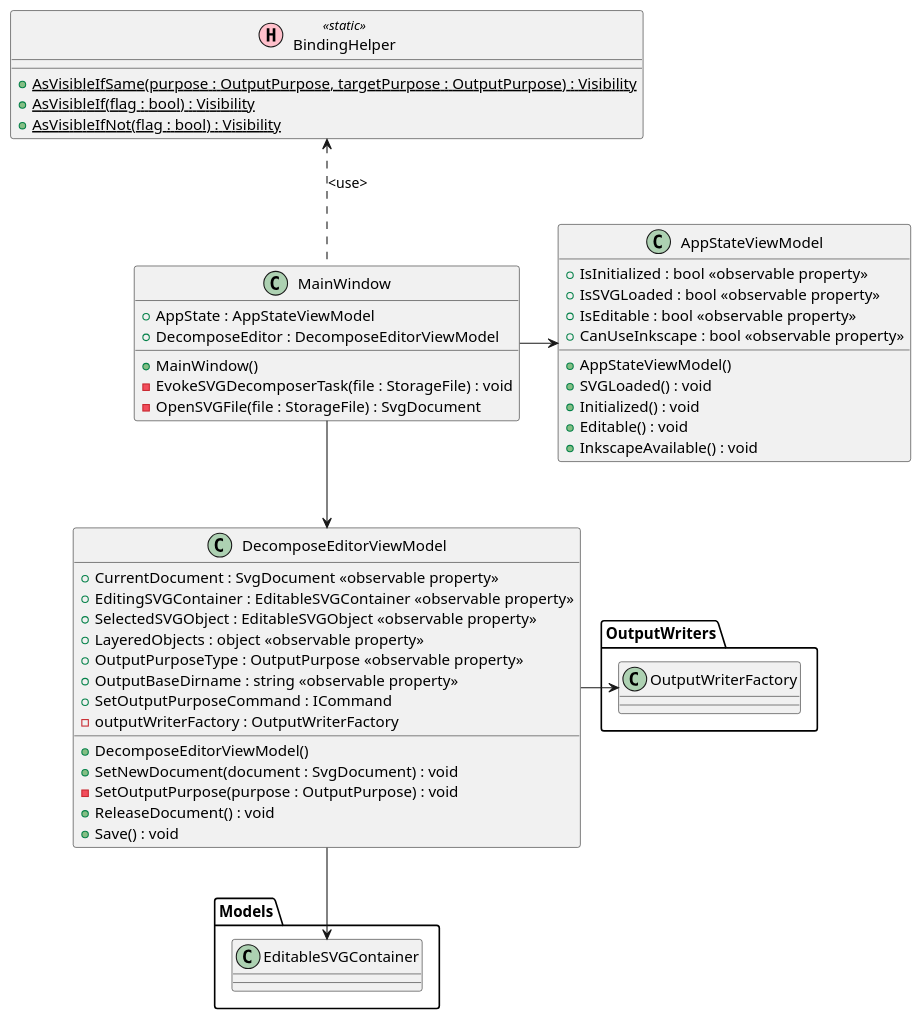
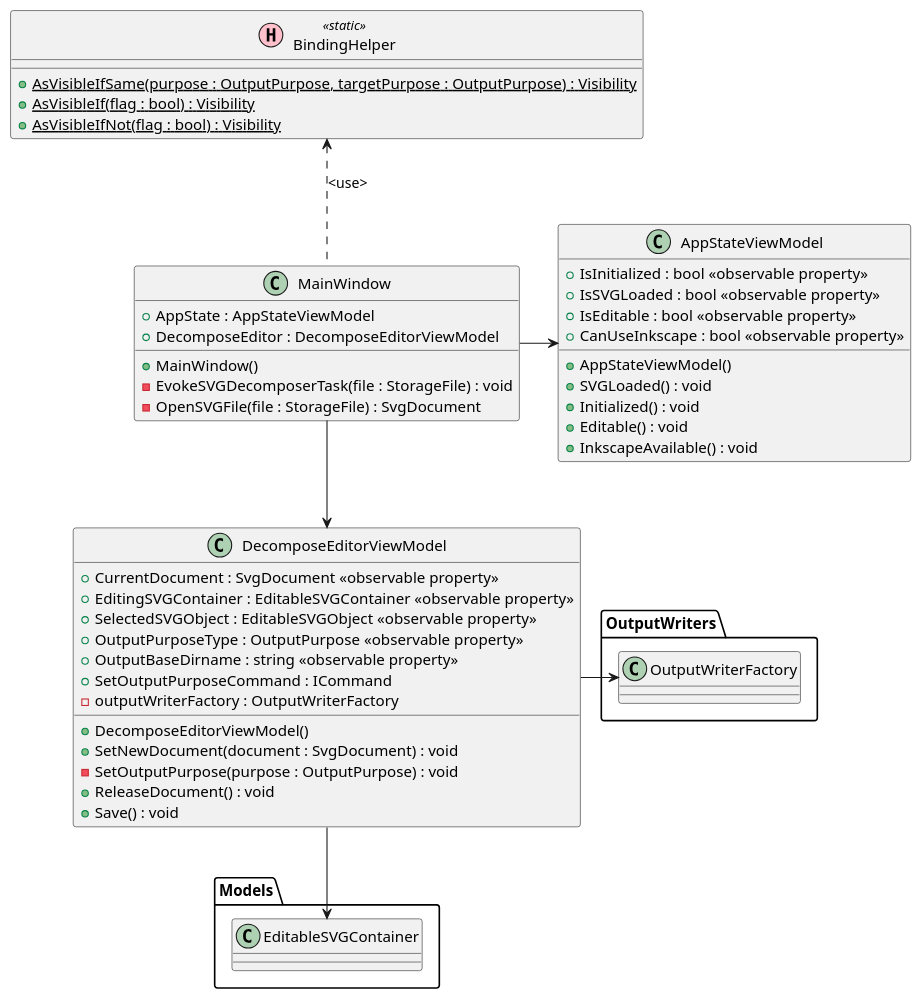
The first of 4 diagrams in uml/SVGObjectsDecomposer.puml (tatsuya19871219/SVGObjectsDecomposer), drawn with PlantUML before and after one commit. The commit also changed other lines of this file and 2 other files, not shown here.

```diff
--- a/uml/SVGObjectsDecomposer.puml
+++ b/uml/SVGObjectsDecomposer.puml
@@ -1,73 +1,72 @@
 @startuml SVGObjectsDecomposer
 
 class MainWindow
 {
     + AppState : AppStateViewModel
     + DecomposeEditor : DecomposeEditorViewModel
     + MainWindow()
     - EvokeSVGDecomposerTask(file : StorageFile) : void
     - OpenSVGFile(file : StorageFile) : SvgDocument
 }
 
 
 class AppStateViewModel
 {
     + IsInitialized : bool <<observable property>>
     + IsSVGLoaded : bool <<observable property>>
     + IsEditable : bool <<observable property>>
     + CanUseInkscape : bool <<observable property>>
     + AppStateViewModel()
     + SVGLoaded() : void
     + Initialized() : void
     + Editable() : void
     + InkscapeAvailable() : void
 }
 
 class DecomposeEditorViewModel
 {
     + CurrentDocument : SvgDocument <<observable property>>
     + EditingSVGContainer : EditableSVGContainer <<observable property>>
     + SelectedSVGObject : EditableSVGObject <<observable property>>
-    + LayeredObjects : object <<observable property>>
     + OutputPurposeType : OutputPurpose <<observable property>>
     + OutputBaseDirname : string <<observable property>>
     + SetOutputPurposeCommand : ICommand
     - outputWriterFactory : OutputWriterFactory
     + DecomposeEditorViewModel()
     + SetNewDocument(document : SvgDocument) : void
     - SetOutputPurpose(purpose : OutputPurpose) : void
     + ReleaseDocument() : void
     + Save() : void
 }
 
 
 
 '  Helper class
 class BindingHelper << (H, pink) static >>
 {
     {static} + AsVisibleIfSame(purpose : OutputPurpose, targetPurpose : OutputPurpose) : Visibility
     {static} + AsVisibleIf(flag : bool) : Visibility
     {static} + AsVisibleIfNot(flag : bool) : Visibility
 }
 
 ' packages
 package Models
 {
     class EditableSVGContainer
 }
 
 package OutputWriters
 {
     class OutputWriterFactory
 }
 
 ' arrows
 MainWindow -right-> AppStateViewModel
 MainWindow --> DecomposeEditorViewModel
 MainWindow .up.> BindingHelper : <use>
 
 DecomposeEditorViewModel --> EditableSVGContainer
 DecomposeEditorViewModel -> OutputWriterFactory
 
 
 @enduml
```
